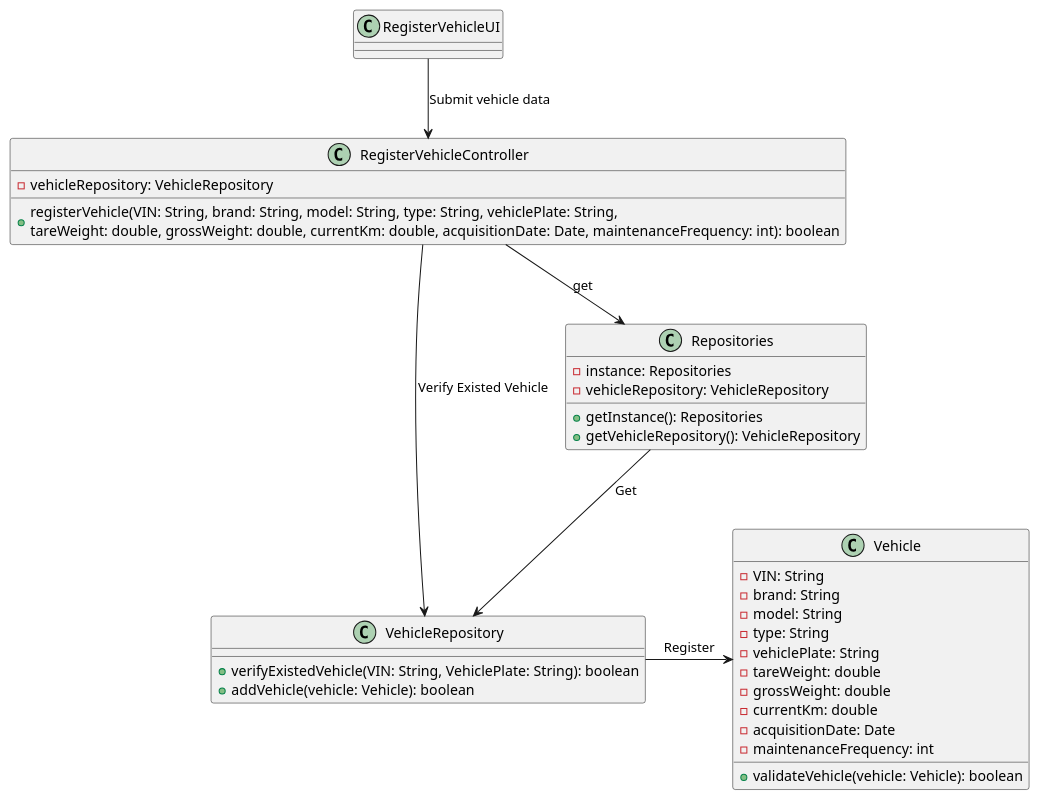
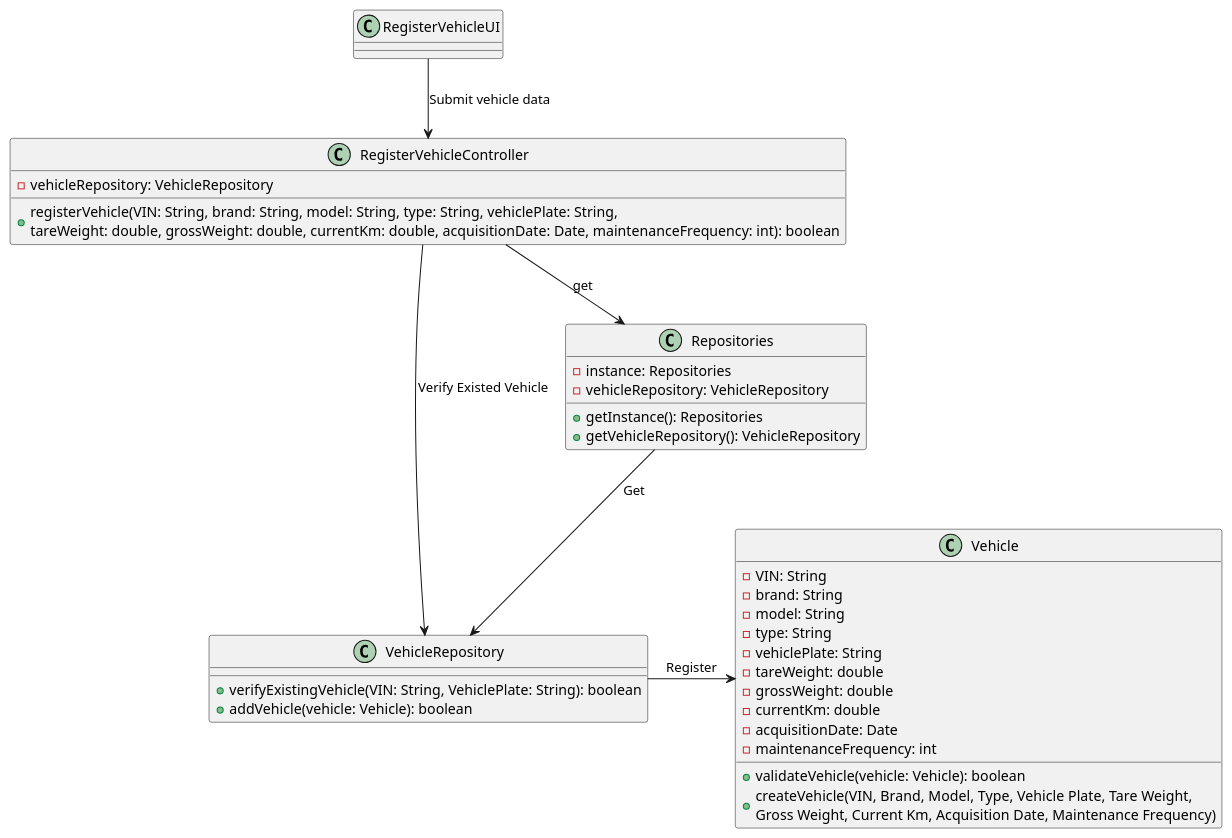
Before and after one commit to ricardomm7/leaflink: the diagram in docs/sprintB/us006/03.design/puml/us006-class-diagram.puml, drawn with PlantUML. The commit also changed 30 other files, not shown here.

```diff
--- a/docs/sprintB/us006/03.design/puml/us006-class-diagram.puml
+++ b/docs/sprintB/us006/03.design/puml/us006-class-diagram.puml
@@ -1,49 +1,50 @@
 @startuml
 skinparam packageStyle rectangle
 skinparam shadowing false
 skinparam line type polyline
 
     class RegisterVehicleUI {
 
     }
 
     class RegisterVehicleController {
         - vehicleRepository: VehicleRepository
         + registerVehicle(VIN: String, brand: String, model: String, type: String, vehiclePlate: String, \ntareWeight: double, grossWeight: double, currentKm: double, acquisitionDate: Date, maintenanceFrequency: int): boolean
     }
 
     class Repositories {
         - instance: Repositories
         - vehicleRepository: VehicleRepository
         + getInstance(): Repositories
         + getVehicleRepository(): VehicleRepository
     }
 
     class VehicleRepository {
-        + verifyExistedVehicle(VIN: String, VehiclePlate: String): boolean
+        + verifyExistingVehicle(VIN: String, VehiclePlate: String): boolean
         + addVehicle(vehicle: Vehicle): boolean
     }
 
     class Vehicle {
         - VIN: String
         - brand: String
         - model: String
         - type: String
         - vehiclePlate: String
         - tareWeight: double
         - grossWeight: double
         - currentKm: double
         - acquisitionDate: Date
         - maintenanceFrequency: int
 
         + validateVehicle(vehicle: Vehicle): boolean
+        + createVehicle(VIN, Brand, Model, Type, Vehicle Plate, Tare Weight, \nGross Weight, Current Km, Acquisition Date, Maintenance Frequency)
     }
 
     RegisterVehicleUI --> RegisterVehicleController: Submit vehicle data
     RegisterVehicleController --> Repositories: get
     RegisterVehicleController --> VehicleRepository: Verify Existed Vehicle
     Repositories --> VehicleRepository: Get
     VehicleRepository -> Vehicle: Register
 
 
 @enduml
```
